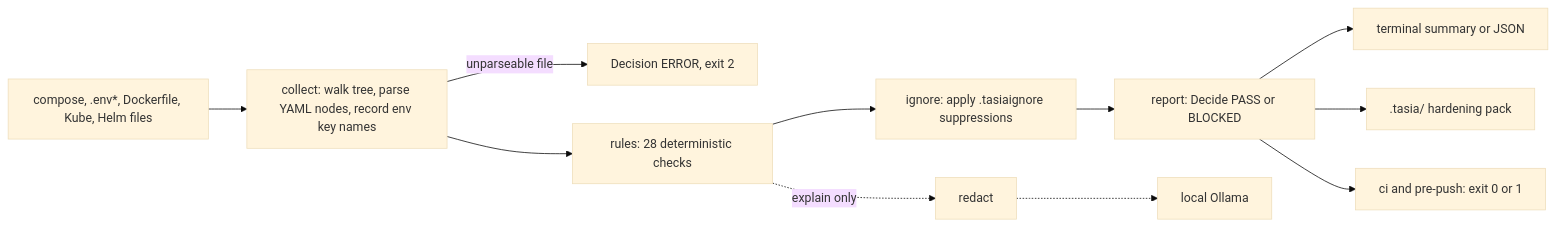
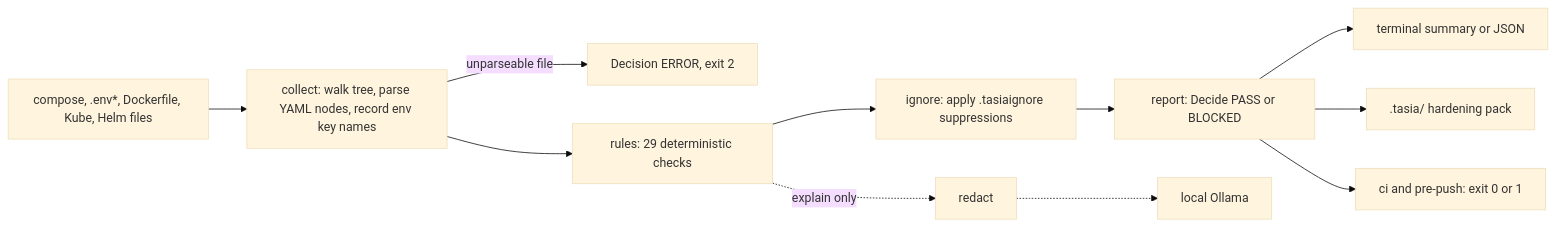
One commit to joeyvictorino/tasia changed the diagram in README.md. Above: the diagram before and after it, drawn with Mermaid (base theme). The commit also changed other lines of this file and 15 other files, not shown here.

````diff
--- a/README.md
+++ b/README.md
@@ -161,12 +162,12 @@
 ```mermaid
 flowchart LR
   F["compose, .env*, Dockerfile, Kube, Helm files"] --> C["collect: walk tree, parse YAML nodes, record env key names"]
   C -- "unparseable file" --> X["Decision ERROR, exit 2"]
-  C --> R["rules: 28 deterministic checks"]
+  C --> R["rules: 29 deterministic checks"]
   R --> I["ignore: apply .tasiaignore suppressions"]
   I --> D["report: Decide PASS or BLOCKED"]
   D --> T["terminal summary or JSON"]
   D --> P[".tasia/ hardening pack"]
   D --> G["ci and pre-push: exit 0 or 1"]
   R -. "explain only" .-> RD["redact"] -.-> O["local Ollama"]
 ```
````
